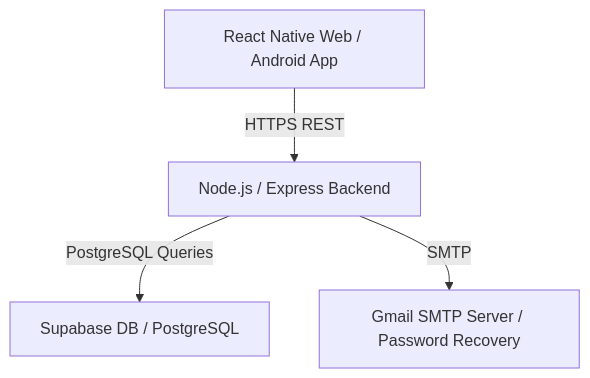
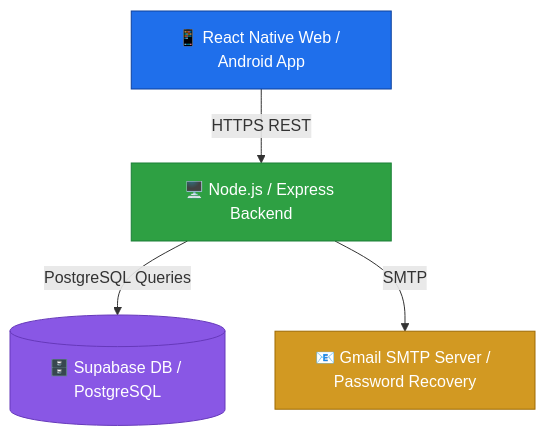
The diagram in README.md (AmanMahadik/Energy_Saving_Model), drawn with Mermaid before and after one commit. The commit also changed other lines of this file and 1 other file, not shown here.

````diff
--- a/README.md
+++ b/README.md
@@ -9,6 +130,11 @@
 ```mermaid
 graph TD
-    Client[React Native Web / Android App] -->|HTTPS REST| API[Node.js / Express Backend]
-    API -->|PostgreSQL Queries| Supabase[Supabase DB / PostgreSQL]
-    API -->|SMTP| MailServer[Gmail SMTP Server / Password Recovery]
+    A[📱 React Native Web / Android App] -->|HTTPS REST| B[🖥️ Node.js / Express Backend]
+    B -->|PostgreSQL Queries| C[(🗄️ Supabase DB / PostgreSQL)]
+    B -->|SMTP| D[📧 Gmail SMTP Server / Password Recovery]
+
+    style A fill:#1f6feb,color:#fff,stroke:#0d419d
+    style B fill:#2ea043,color:#fff,stroke:#1a7f37
+    style C fill:#8957e5,color:#fff,stroke:#6639ba
+    style D fill:#d29922,color:#fff,stroke:#9e6a03
 ```
````
